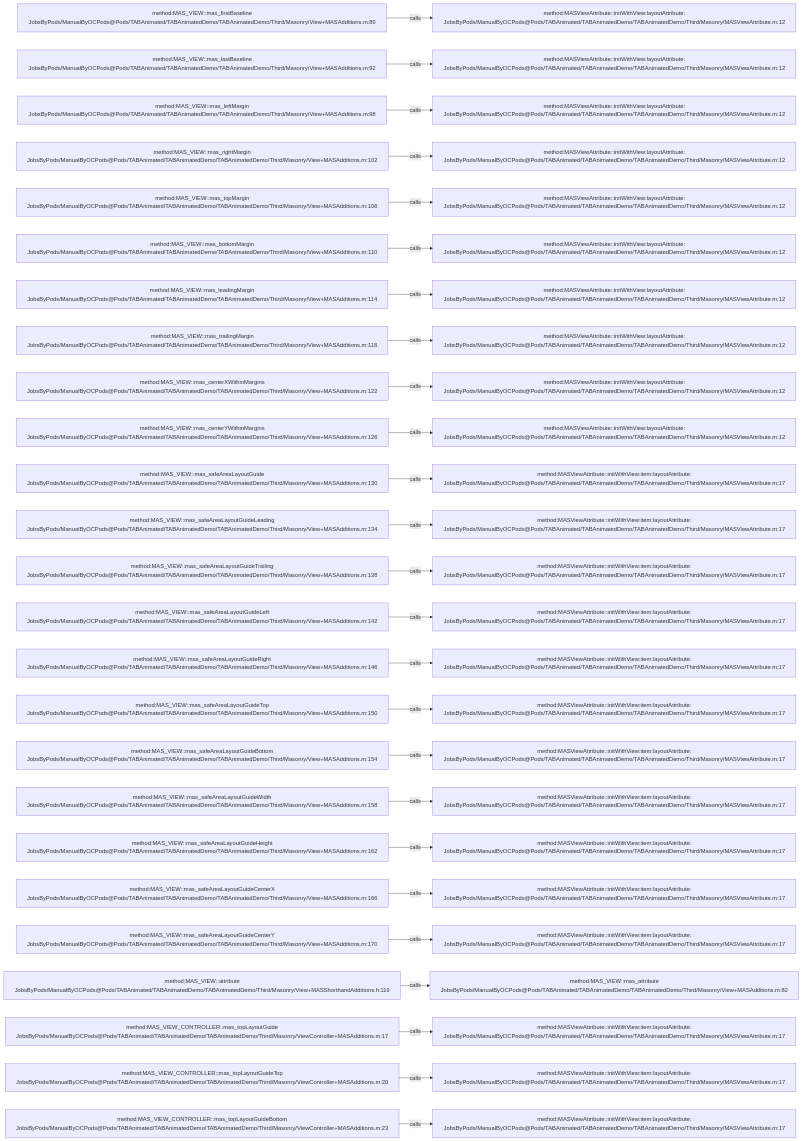
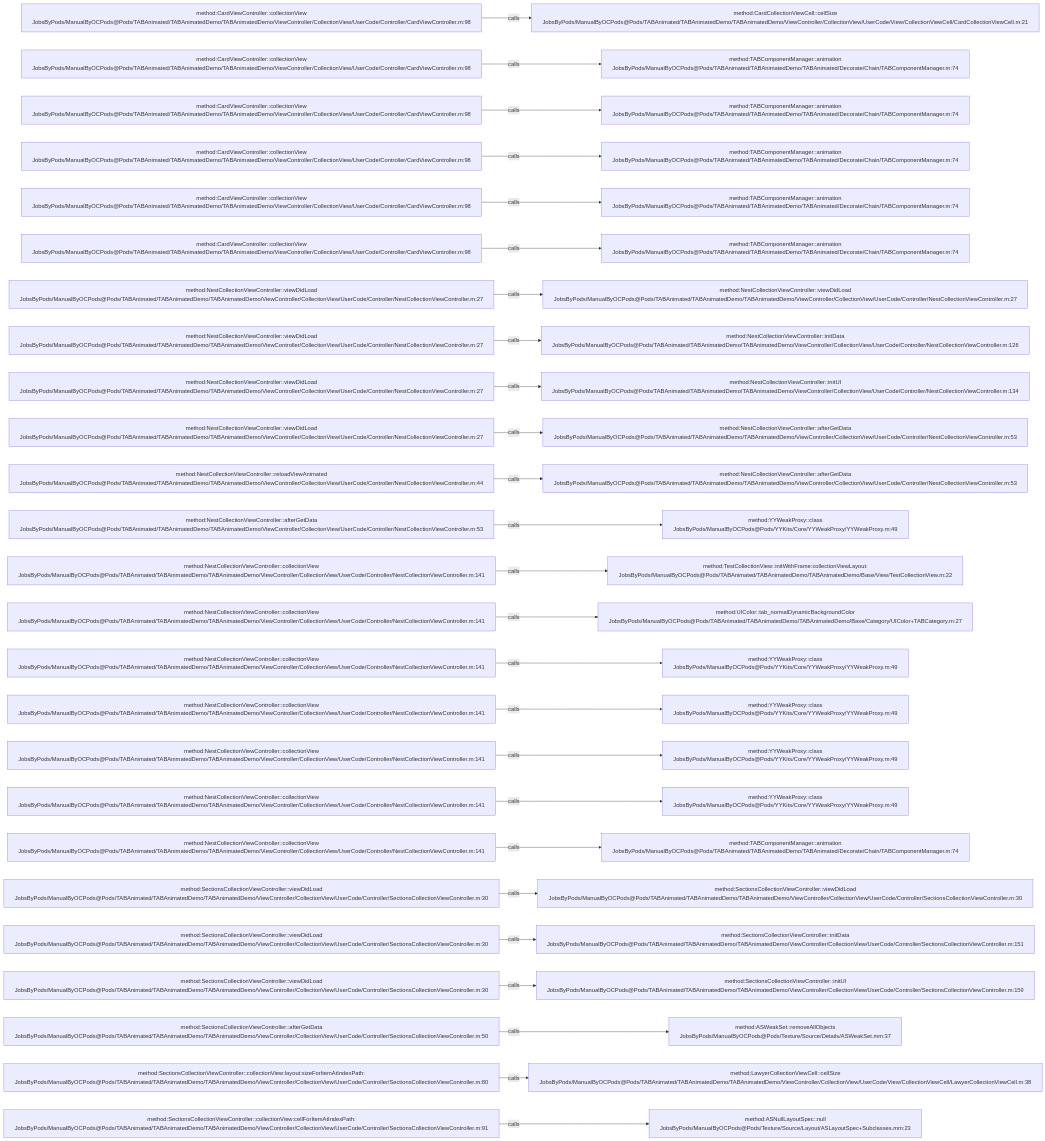
Before and after one commit to JobsKits/JobsOCBaseConfigDemo: the diagram in .codegraph/codegraph.md/graphs/calls-048.md, drawn with Mermaid. The commit also changed 1353 other files, not shown here.

````diff
--- a/.codegraph/codegraph.md/graphs/calls-048.md
+++ b/.codegraph/codegraph.md/graphs/calls-048.md
@@ -13,78 +13,78 @@
 ```mermaid
 flowchart LR
-  S1["method:MAS_VIEW::mas_firstBaseline<br/>JobsByPods/ManualByOCPods@Pods/TABAnimated/TABAnimatedDemo/TABAnimatedDemo/Third/Masonry/View+MASAdditions.m:89"]
-  T1["method:MASViewAttribute::initWithView:layoutAttribute:<br/>JobsByPods/ManualByOCPods@Pods/TABAnimated/TABAnimatedDemo/TABAnimatedDemo/Third/Masonry/MASViewAttribute.m:12"]
+  S1["method:CardViewController::collectionView<br/>JobsByPods/ManualByOCPods@Pods/TABAnimated/TABAnimatedDemo/TABAnimatedDemo/ViewController/CollectionView/UserCode/Controller/CardViewController.m:98"]
+  T1["method:CardCollectionViewCell::cellSize<br/>JobsByPods/ManualByOCPods@Pods/TABAnimated/TABAnimatedDemo/TABAnimatedDemo/ViewController/CollectionView/UserCode/View/CollectionViewCell/CardCollectionViewCell.m:21"]
   S1 -->|calls| T1
-  S2["method:MAS_VIEW::mas_lastBaseline<br/>JobsByPods/ManualByOCPods@Pods/TABAnimated/TABAnimatedDemo/TABAnimatedDemo/Third/Masonry/View+MASAdditions.m:92"]
-  T2["method:MASViewAttribute::initWithView:layoutAttribute:<br/>JobsByPods/ManualByOCPods@Pods/TABAnimated/TABAnimatedDemo/TABAnimatedDemo/Third/Masonry/MASViewAttribute.m:12"]
+  S2["method:CardViewController::collectionView<br/>JobsByPods/ManualByOCPods@Pods/TABAnimated/TABAnimatedDemo/TABAnimatedDemo/ViewController/CollectionView/UserCode/Controller/CardViewController.m:98"]
+  T2["method:TABComponentManager::animation<br/>JobsByPods/ManualByOCPods@Pods/TABAnimated/TABAnimatedDemo/TABAnimated/Decorate/Chain/TABComponentManager.m:74"]
   S2 -->|calls| T2
-  S3["method:MAS_VIEW::mas_leftMargin<br/>JobsByPods/ManualByOCPods@Pods/TABAnimated/TABAnimatedDemo/TABAnimatedDemo/Third/Masonry/View+MASAdditions.m:98"]
-  T3["method:MASViewAttribute::initWithView:layoutAttribute:<br/>JobsByPods/ManualByOCPods@Pods/TABAnimated/TABAnimatedDemo/TABAnimatedDemo/Third/Masonry/MASViewAttribute.m:12"]
+  S3["method:CardViewController::collectionView<br/>JobsByPods/ManualByOCPods@Pods/TABAnimated/TABAnimatedDemo/TABAnimatedDemo/ViewController/CollectionView/UserCode/Controller/CardViewController.m:98"]
+  T3["method:TABComponentManager::animation<br/>JobsByPods/ManualByOCPods@Pods/TABAnimated/TABAnimatedDemo/TABAnimated/Decorate/Chain/TABComponentManager.m:74"]
   S3 -->|calls| T3
-  S4["method:MAS_VIEW::mas_rightMargin<br/>JobsByPods/ManualByOCPods@Pods/TABAnimated/TABAnimatedDemo/TABAnimatedDemo/Third/Masonry/View+MASAdditions.m:102"]
-  T4["method:MASViewAttribute::initWithView:layoutAttribute:<br/>JobsByPods/ManualByOCPods@Pods/TABAnimated/TABAnimatedDemo/TABAnimatedDemo/Third/Masonry/MASViewAttribute.m:12"]
+  S4["method:CardViewController::collectionView<br/>JobsByPods/ManualByOCPods@Pods/TABAnimated/TABAnimatedDemo/TABAnimatedDemo/ViewController/CollectionView/UserCode/Controller/CardViewController.m:98"]
+  T4["method:TABComponentManager::animation<br/>JobsByPods/ManualByOCPods@Pods/TABAnimated/TABAnimatedDemo/TABAnimated/Decorate/Chain/TABComponentManager.m:74"]
   S4 -->|calls| T4
-  S5["method:MAS_VIEW::mas_topMargin<br/>JobsByPods/ManualByOCPods@Pods/TABAnimated/TABAnimatedDemo/TABAnimatedDemo/Third/Masonry/View+MASAdditions.m:106"]
-  T5["method:MASViewAttribute::initWithView:layoutAttribute:<br/>JobsByPods/ManualByOCPods@Pods/TABAnimated/TABAnimatedDemo/TABAnimatedDemo/Third/Masonry/MASViewAttribute.m:12"]
+  S5["method:CardViewController::collectionView<br/>JobsByPods/ManualByOCPods@Pods/TABAnimated/TABAnimatedDemo/TABAnimatedDemo/ViewController/CollectionView/UserCode/Controller/CardViewController.m:98"]
+  T5["method:TABComponentManager::animation<br/>JobsByPods/ManualByOCPods@Pods/TABAnimated/TABAnimatedDemo/TABAnimated/Decorate/Chain/TABComponentManager.m:74"]
   S5 -->|calls| T5
-  S6["method:MAS_VIEW::mas_bottomMargin<br/>JobsByPods/ManualByOCPods@Pods/TABAnimated/TABAnimatedDemo/TABAnimatedDemo/Third/Masonry/View+MASAdditions.m:110"]
-  T6["method:MASViewAttribute::initWithView:layoutAttribute:<br/>JobsByPods/ManualByOCPods@Pods/TABAnimated/TABAnimatedDemo/TABAnimatedDemo/Third/Masonry/MASViewAttribute.m:12"]
+  S6["method:CardViewController::collectionView<br/>JobsByPods/ManualByOCPods@Pods/TABAnimated/TABAnimatedDemo/TABAnimatedDemo/ViewController/CollectionView/UserCode/Controller/CardViewController.m:98"]
+  T6["method:TABComponentManager::animation<br/>JobsByPods/ManualByOCPods@Pods/TABAnimated/TABAnimatedDemo/TABAnimated/Decorate/Chain/TABComponentManager.m:74"]
   S6 -->|calls| T6
-  S7["method:MAS_VIEW::mas_leadingMargin<br/>JobsByPods/ManualByOCPods@Pods/TABAnimated/TABAnimatedDemo/TABAnimatedDemo/Third/Masonry/View+MASAdditions.m:114"]
-  T7["method:MASViewAttribute::initWithView:layoutAttribute:<br/>JobsByPods/ManualByOCPods@Pods/TABAnimated/TABAnimatedDemo/TABAnimatedDemo/Third/Masonry/MASViewAttribute.m:12"]
+  S7["method:NestCollectionViewController::viewDidLoad<br/>JobsByPods/ManualByOCPods@Pods/TABAnimated/TABAnimatedDemo/TABAnimatedDemo/ViewController/CollectionView/UserCode/Controller/NestCollectionViewController.m:27"]
+  T7["method:NestCollectionViewController::viewDidLoad<br/>JobsByPods/ManualByOCPods@Pods/TABAnimated/TABAnimatedDemo/TABAnimatedDemo/ViewController/CollectionView/UserCode/Controller/NestCollectionViewController.m:27"]
   S7 -->|calls| T7
-  S8["method:MAS_VIEW::mas_trailingMargin<br/>JobsByPods/ManualByOCPods@Pods/TABAnimated/TABAnimatedDemo/TABAnimatedDemo/Third/Masonry/View+MASAdditions.m:118"]
-  T8["method:MASViewAttribute::initWithView:layoutAttribute:<br/>JobsByPods/ManualByOCPods@Pods/TABAnimated/TABAnimatedDemo/TABAnimatedDemo/Third/Masonry/MASViewAttribute.m:12"]
+  S8["method:NestCollectionViewController::viewDidLoad<br/>JobsByPods/ManualByOCPods@Pods/TABAnimated/TABAnimatedDemo/TABAnimatedDemo/ViewController/CollectionView/UserCode/Controller/NestCollectionViewController.m:27"]
+  T8["method:NestCollectionViewController::initData<br/>JobsByPods/ManualByOCPods@Pods/TABAnimated/TABAnimatedDemo/TABAnimatedDemo/ViewController/CollectionView/UserCode/Controller/NestCollectionViewController.m:126"]
   S8 -->|calls| T8
-  S9["method:MAS_VIEW::mas_centerXWithinMargins<br/>JobsByPods/ManualByOCPods@Pods/TABAnimated/TABAnimatedDemo/TABAnimatedDemo/Third/Masonry/View+MASAdditions.m:122"]
-  T9["method:MASViewAttribute::initWithView:layoutAttribute:<br/>JobsByPods/ManualByOCPods@Pods/TABAnimated/TABAnimatedDemo/TABAnimatedDemo/Third/Masonry/MASViewAttribute.m:12"]
+  S9["method:NestCollectionViewController::viewDidLoad<br/>JobsByPods/ManualByOCPods@Pods/TABAnimated/TABAnimatedDemo/TABAnimatedDemo/ViewController/CollectionView/UserCode/Controller/NestCollectionViewController.m:27"]
+  T9["method:NestCollectionViewController::initUI<br/>JobsByPods/ManualByOCPods@Pods/TABAnimated/TABAnimatedDemo/TABAnimatedDemo/ViewController/CollectionView/UserCode/Controller/NestCollectionViewController.m:134"]
   S9 -->|calls| T9
-  S10["method:MAS_VIEW::mas_centerYWithinMargins<br/>JobsByPods/ManualByOCPods@Pods/TABAnimated/TABAnimatedDemo/TABAnimatedDemo/Third/Masonry/View+MASAdditions.m:126"]
-  T10["method:MASViewAttribute::initWithView:layoutAttribute:<br/>JobsByPods/ManualByOCPods@Pods/TABAnimated/TABAnimatedDemo/TABAnimatedDemo/Third/Masonry/MASViewAttribute.m:12"]
+  S10["method:NestCollectionViewController::viewDidLoad<br/>JobsByPods/ManualByOCPods@Pods/TABAnimated/TABAnimatedDemo/TABAnimatedDemo/ViewController/CollectionView/UserCode/Controller/NestCollectionViewController.m:27"]
+  T10["method:NestCollectionViewController::afterGetData<br/>JobsByPods/ManualByOCPods@Pods/TABAnimated/TABAnimatedDemo/TABAnimatedDemo/ViewController/CollectionView/UserCode/Controller/NestCollectionViewController.m:53"]
   S10 -->|calls| T10
-  S11["method:MAS_VIEW::mas_safeAreaLayoutGuide<br/>JobsByPods/ManualByOCPods@Pods/TABAnimated/TABAnimatedDemo/TABAnimatedDemo/Third/Masonry/View+MASAdditions.m:130"]
-  T11["method:MASViewAttribute::initWithView:item:layoutAttribute:<br/>JobsByPods/ManualByOCPods@Pods/TABAnimated/TABAnimatedDemo/TABAnimatedDemo/Third/Masonry/MASViewAttribute.m:17"]
+  S11["method:NestCollectionViewController::reloadViewAnimated<br/>JobsByPods/ManualByOCPods@Pods/TABAnimated/TABAnimatedDemo/TABAnimatedDemo/ViewController/CollectionView/UserCode/Controller/NestCollectionViewController.m:44"]
+  T11["method:NestCollectionViewController::afterGetData<br/>JobsByPods/ManualByOCPods@Pods/TABAnimated/TABAnimatedDemo/TABAnimatedDemo/ViewController/CollectionView/UserCode/Controller/NestCollectionViewController.m:53"]
   S11 -->|calls| T11
-  S12["method:MAS_VIEW::mas_safeAreaLayoutGuideLeading<br/>JobsByPods/ManualByOCPods@Pods/TABAnimated/TABAnimatedDemo/TABAnimatedDemo/Third/Masonry/View+MASAdditions.m:134"]
-  T12["method:MASViewAttribute::initWithView:item:layoutAttribute:<br/>JobsByPods/ManualByOCPods@Pods/TABAnimated/TABAnimatedDemo/TABAnimatedDemo/Third/Masonry/MASViewAttribute.m:17"]
+  S12["method:NestCollectionViewController::afterGetData<br/>JobsByPods/ManualByOCPods@Pods/TABAnimated/TABAnimatedDemo/TABAnimatedDemo/ViewController/CollectionView/UserCode/Controller/NestCollectionViewController.m:53"]
+  T12["method:YYWeakProxy::class<br/>JobsByPods/ManualByOCPods@Pods/YYKits/Core/YYWeakProxy/YYWeakProxy.m:49"]
   S12 -->|calls| T12
-  S13["method:MAS_VIEW::mas_safeAreaLayoutGuideTrailing<br/>JobsByPods/ManualByOCPods@Pods/TABAnimated/TABAnimatedDemo/TABAnimatedDemo/Third/Masonry/View+MASAdditions.m:138"]
-  T13["method:MASViewAttribute::initWithView:item:layoutAttribute:<br/>JobsByPods/ManualByOCPods@Pods/TABAnimated/TABAnimatedDemo/TABAnimatedDemo/Third/Masonry/MASViewAttribute.m:17"]
+  S13["method:NestCollectionViewController::collectionView<br/>JobsByPods/ManualByOCPods@Pods/TABAnimated/TABAnimatedDemo/TABAnimatedDemo/ViewController/CollectionView/UserCode/Controller/NestCollectionViewController.m:141"]
+  T13["method:TestCollectionView::initWithFrame:collectionViewLayout:<br/>JobsByPods/ManualByOCPods@Pods/TABAnimated/TABAnimatedDemo/TABAnimatedDemo/Base/View/TestCollectionView.m:22"]
   S13 -->|calls| T13
-  S14["method:MAS_VIEW::mas_safeAreaLayoutGuideLeft<br/>JobsByPods/ManualByOCPods@Pods/TABAnimated/TABAnimatedDemo/TABAnimatedDemo/Third/Masonry/View+MASAdditions.m:142"]
-  T14["method:MASViewAttribute::initWithView:item:layoutAttribute:<br/>JobsByPods/ManualByOCPods@Pods/TABAnimated/TABAnimatedDemo/TABAnimatedDemo/Third/Masonry/MASViewAttribute.m:17"]
+  S14["method:NestCollectionViewController::collectionView<br/>JobsByPods/ManualByOCPods@Pods/TABAnimated/TABAnimatedDemo/TABAnimatedDemo/ViewController/CollectionView/UserCode/Controller/NestCollectionViewController.m:141"]
+  T14["method:UIColor::tab_normalDynamicBackgroundColor<br/>JobsByPods/ManualByOCPods@Pods/TABAnimated/TABAnimatedDemo/TABAnimatedDemo/Base/Category/UIColor+TABCategory.m:27"]
   S14 -->|calls| T14
-  S15["method:MAS_VIEW::mas_safeAreaLayoutGuideRight<br/>JobsByPods/ManualByOCPods@Pods/TABAnimated/TABAnimatedDemo/TABAnimatedDemo/Third/Masonry/View+MASAdditions.m:146"]
-  T15["method:MASViewAttribute::initWithView:item:layoutAttribute:<br/>JobsByPods/ManualByOCPods@Pods/TABAnimated/TABAnimatedDemo/TABAnimatedDemo/Third/Masonry/MASViewAttribute.m:17"]
+  S15["method:NestCollectionViewController::collectionView<br/>JobsByPods/ManualByOCPods@Pods/TABAnimated/TABAnimatedDemo/TABAnimatedDemo/ViewController/CollectionView/UserCode/Controller/NestCollectionViewController.m:141"]
+  T15["method:YYWeakProxy::class<br/>JobsByPods/ManualByOCPods@Pods/YYKits/Core/YYWeakProxy/YYWeakProxy.m:49"]
   S15 -->|calls| T15
-  S16["method:MAS_VIEW::mas_safeAreaLayoutGuideTop<br/>JobsByPods/ManualByOCPods@Pods/TABAnimated/TABAnimatedDemo/TABAnimatedDemo/Third/Masonry/View+MASAdditions.m:150"]
-  T16["method:MASViewAttribute::initWithView:item:layoutAttribute:<br/>JobsByPods/ManualByOCPods@Pods/TABAnimated/TABAnimatedDemo/TABAnimatedDemo/Third/Masonry/MASViewAttribute.m:17"]
+  S16["method:NestCollectionViewController::collectionView<br/>JobsByPods/ManualByOCPods@Pods/TABAnimated/TABAnimatedDemo/TABAnimatedDemo/ViewController/CollectionView/UserCode/Controller/NestCollectionViewController.m:141"]
+  T16["method:YYWeakProxy::class<br/>JobsByPods/ManualByOCPods@Pods/YYKits/Core/YYWeakProxy/YYWeakProxy.m:49"]
   S16 -->|calls| T16
-  S17["method:MAS_VIEW::mas_safeAreaLayoutGuideBottom<br/>JobsByPods/ManualByOCPods@Pods/TABAnimated/TABAnimatedDemo/TABAnimatedDemo/Third/Masonry/View+MASAdditions.m:154"]
-  T17["method:MASViewAttribute::initWithView:item:layoutAttribute:<br/>JobsByPods/ManualByOCPods@Pods/TABAnimated/TABAnimatedDemo/TABAnimatedDemo/Third/Masonry/MASViewAttribute.m:17"]
+  S17["method:NestCollectionViewController::collectionView<br/>JobsByPods/ManualByOCPods@Pods/TABAnimated/TABAnimatedDemo/TABAnimatedDemo/ViewController/CollectionView/UserCode/Controller/NestCollectionViewController.m:141"]
+  T17["method:YYWeakProxy::class<br/>JobsByPods/ManualByOCPods@Pods/YYKits/Core/YYWeakProxy/YYWeakProxy.m:49"]
   S17 -->|calls| T17
-  S18["method:MAS_VIEW::mas_safeAreaLayoutGuideWidth<br/>JobsByPods/ManualByOCPods@Pods/TABAnimated/TABAnimatedDemo/TABAnimatedDemo/Third/Masonry/View+MASAdditions.m:158"]
-  T18["method:MASViewAttribute::initWithView:item:layoutAttribute:<br/>JobsByPods/ManualByOCPods@Pods/TABAnimated/TABAnimatedDemo/TABAnimatedDemo/Third/Masonry/MASViewAttribute.m:17"]
+  S18["method:NestCollectionViewController::collectionView<br/>JobsByPods/ManualByOCPods@Pods/TABAnimated/TABAnimatedDemo/TABAnimatedDemo/ViewController/CollectionView/UserCode/Controller/NestCollectionViewController.m:141"]
+  T18["method:YYWeakProxy::class<br/>JobsByPods/ManualByOCPods@Pods/YYKits/Core/YYWeakProxy/YYWeakProxy.m:49"]
   S18 -->|calls| T18
-  S19["method:MAS_VIEW::mas_safeAreaLayoutGuideHeight<br/>JobsByPods/ManualByOCPods@Pods/TABAnimated/TABAnimatedDemo/TABAnimatedDemo/Third/Masonry/View+MASAdditions.m:162"]
-  T19["method:MASViewAttribute::initWithView:item:layoutAttribute:<br/>JobsByPods/ManualByOCPods@Pods/TABAnimated/TABAnimatedDemo/TABAnimatedDemo/Third/Masonry/MASViewAttribute.m:17"]
+  S19["method:NestCollectionViewController::collectionView<br/>JobsByPods/ManualByOCPods@Pods/TABAnimated/TABAnimatedDemo/TABAnimatedDemo/ViewController/CollectionView/UserCode/Controller/NestCollectionViewController.m:141"]
+  T19["method:TABComponentManager::animation<br/>JobsByPods/ManualByOCPods@Pods/TABAnimated/TABAnimatedDemo/TABAnimated/Decorate/Chain/TABComponentManager.m:74"]
   S19 -->|calls| T19
-  S20["method:MAS_VIEW::mas_safeAreaLayoutGuideCenterX<br/>JobsByPods/ManualByOCPods@Pods/TABAnimated/TABAnimatedDemo/TABAnimatedDemo/Third/Masonry/View+MASAdditions.m:166"]
-  T20["method:MASViewAttribute::initWithView:item:layoutAttribute:<br/>JobsByPods/ManualByOCPods@Pods/TABAnimated/TABAnimatedDemo/TABAnimatedDemo/Third/Masonry/MASViewAttribute.m:17"]
+  S20["method:SectionsCollectionViewController::viewDidLoad<br/>JobsByPods/ManualByOCPods@Pods/TABAnimated/TABAnimatedDemo/TABAnimatedDemo/ViewController/CollectionView/UserCode/Controller/SectionsCollectionViewController.m:30"]
+  T20["method:SectionsCollectionViewController::viewDidLoad<br/>JobsByPods/ManualByOCPods@Pods/TABAnimated/TABAnimatedDemo/TABAnimatedDemo/ViewController/CollectionView/UserCode/Controller/SectionsCollectionViewController.m:30"]
   S20 -->|calls| T20
-  S21["method:MAS_VIEW::mas_safeAreaLayoutGuideCenterY<br/>JobsByPods/ManualByOCPods@Pods/TABAnimated/TABAnimatedDemo/TABAnimatedDemo/Third/Masonry/View+MASAdditions.m:170"]
-  T21["method:MASViewAttribute::initWithView:item:layoutAttribute:<br/>JobsByPods/ManualByOCPods@Pods/TABAnimated/TABAnimatedDemo/TABAnimatedDemo/Third/Masonry/MASViewAttribute.m:17"]
+  S21["method:SectionsCollectionViewController::viewDidLoad<br/>JobsByPods/ManualByOCPods@Pods/TABAnimated/TABAnimatedDemo/TABAnimatedDemo/ViewController/CollectionView/UserCode/Controller/SectionsCollectionViewController.m:30"]
+  T21["method:SectionsCollectionViewController::initData<br/>JobsByPods/ManualByOCPods@Pods/TABAnimated/TABAnimatedDemo/TABAnimatedDemo/ViewController/CollectionView/UserCode/Controller/SectionsCollectionViewController.m:151"]
   S21 -->|calls| T21
-  S22["method:MAS_VIEW::attribute<br/>JobsByPods/ManualByOCPods@Pods/TABAnimated/TABAnimatedDemo/TABAnimatedDemo/Third/Masonry/View+MASShorthandAdditions.h:119"]
-  T22["method:MAS_VIEW::mas_attribute<br/>JobsByPods/ManualByOCPods@Pods/TABAnimated/TABAnimatedDemo/TABAnimatedDemo/Third/Masonry/View+MASAdditions.m:82"]
+  S22["method:SectionsCollectionViewController::viewDidLoad<br/>JobsByPods/ManualByOCPods@Pods/TABAnimated/TABAnimatedDemo/TABAnimatedDemo/ViewController/CollectionView/UserCode/Controller/SectionsCollectionViewController.m:30"]
+  T22["method:SectionsCollectionViewController::initUI<br/>JobsByPods/ManualByOCPods@Pods/TABAnimated/TABAnimatedDemo/TABAnimatedDemo/ViewController/CollectionView/UserCode/Controller/SectionsCollectionViewController.m:159"]
   S22 -->|calls| T22
-  S23["method:MAS_VIEW_CONTROLLER::mas_topLayoutGuide<br/>JobsByPods/ManualByOCPods@Pods/TABAnimated/TABAnimatedDemo/TABAnimatedDemo/Third/Masonry/ViewController+MASAdditions.m:17"]
-  T23["method:MASViewAttribute::initWithView:item:layoutAttribute:<br/>JobsByPods/ManualByOCPods@Pods/TABAnimated/TABAnimatedDemo/TABAnimatedDemo/Third/Masonry/MASViewAttribute.m:17"]
+  S23["method:SectionsCollectionViewController::afterGetData<br/>JobsByPods/ManualByOCPods@Pods/TABAnimated/TABAnimatedDemo/TABAnimatedDemo/ViewController/CollectionView/UserCode/Controller/SectionsCollectionViewController.m:50"]
+  T23["method:ASWeakSet::removeAllObjects<br/>JobsByPods/ManualByOCPods@Pods/Texture/Source/Details/ASWeakSet.mm:37"]
   S23 -->|calls| T23
-  S24["method:MAS_VIEW_CONTROLLER::mas_topLayoutGuideTop<br/>JobsByPods/ManualByOCPods@Pods/TABAnimated/TABAnimatedDemo/TABAnimatedDemo/Third/Masonry/ViewController+MASAdditions.m:20"]
-  T24["method:MASViewAttribute::initWithView:item:layoutAttribute:<br/>JobsByPods/ManualByOCPods@Pods/TABAnimated/TABAnimatedDemo/TABAnimatedDemo/Third/Masonry/MASViewAttribute.m:17"]
+  S24["method:SectionsCollectionViewController::collectionView:layout:sizeForItemAtIndexPath:<br/>JobsByPods/ManualByOCPods@Pods/TABAnimated/TABAnimatedDemo/TABAnimatedDemo/ViewController/CollectionView/UserCode/Controller/SectionsCollectionViewController.m:80"]
+  T24["method:LawyerCollectionViewCell::cellSize<br/>JobsByPods/ManualByOCPods@Pods/TABAnimated/TABAnimatedDemo/TABAnimatedDemo/ViewController/CollectionView/UserCode/View/CollectionViewCell/LawyerCollectionViewCell.m:38"]
   S24 -->|calls| T24
-  S25["method:MAS_VIEW_CONTROLLER::mas_topLayoutGuideBottom<br/>JobsByPods/ManualByOCPods@Pods/TABAnimated/TABAnimatedDemo/TABAnimatedDemo/Third/Masonry/ViewController+MASAdditions.m:23"]
-  T25["method:MASViewAttribute::initWithView:item:layoutAttribute:<br/>JobsByPods/ManualByOCPods@Pods/TABAnimated/TABAnimatedDemo/TABAnimatedDemo/Third/Masonry/MASViewAttribute.m:17"]
+  S25["method:SectionsCollectionViewController::collectionView:cellForItemAtIndexPath:<br/>JobsByPods/ManualByOCPods@Pods/TABAnimated/TABAnimatedDemo/TABAnimatedDemo/ViewController/CollectionView/UserCode/Controller/SectionsCollectionViewController.m:91"]
+  T25["method:ASNullLayoutSpec::null<br/>JobsByPods/ManualByOCPods@Pods/Texture/Source/Layout/ASLayoutSpec+Subclasses.mm:23"]
   S25 -->|calls| T25
 ```
````
